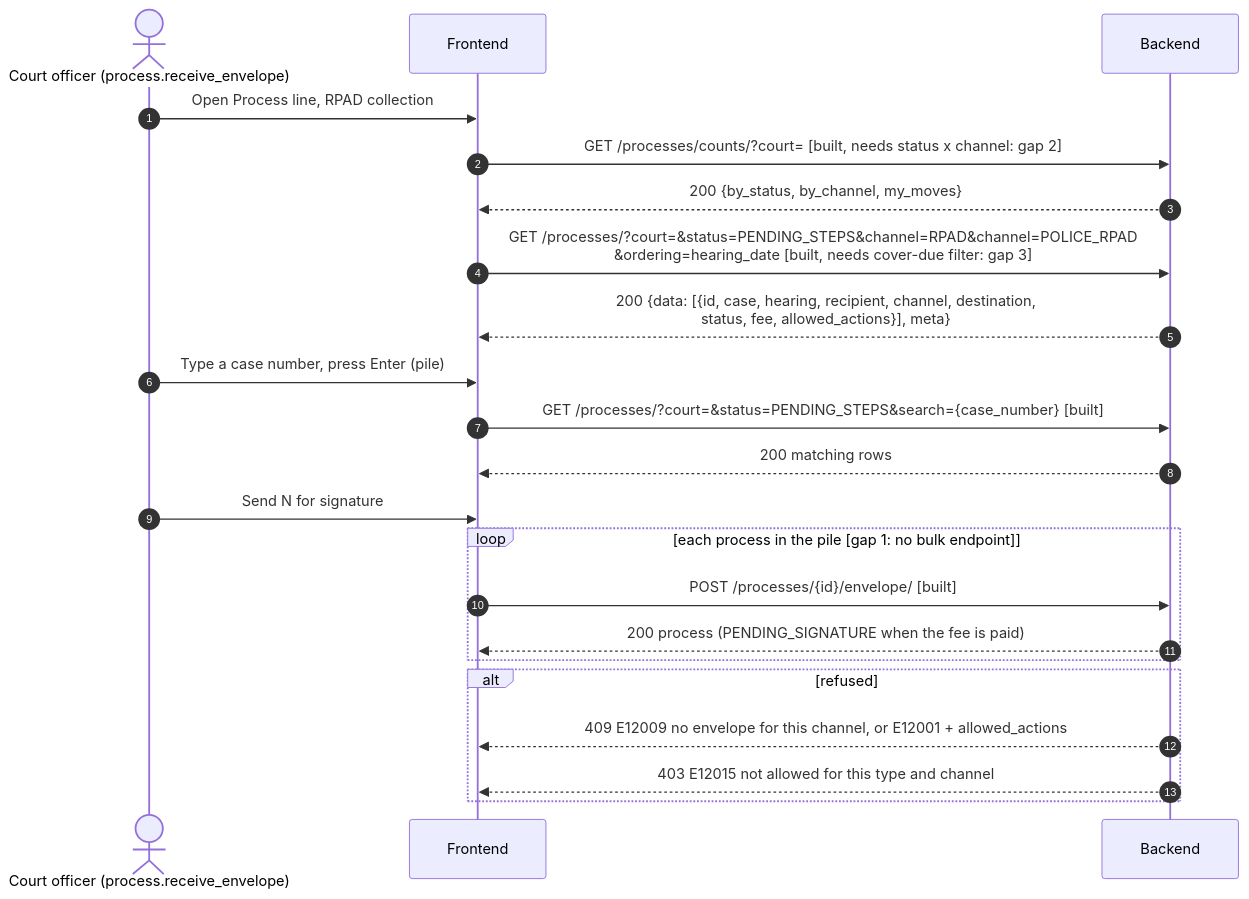
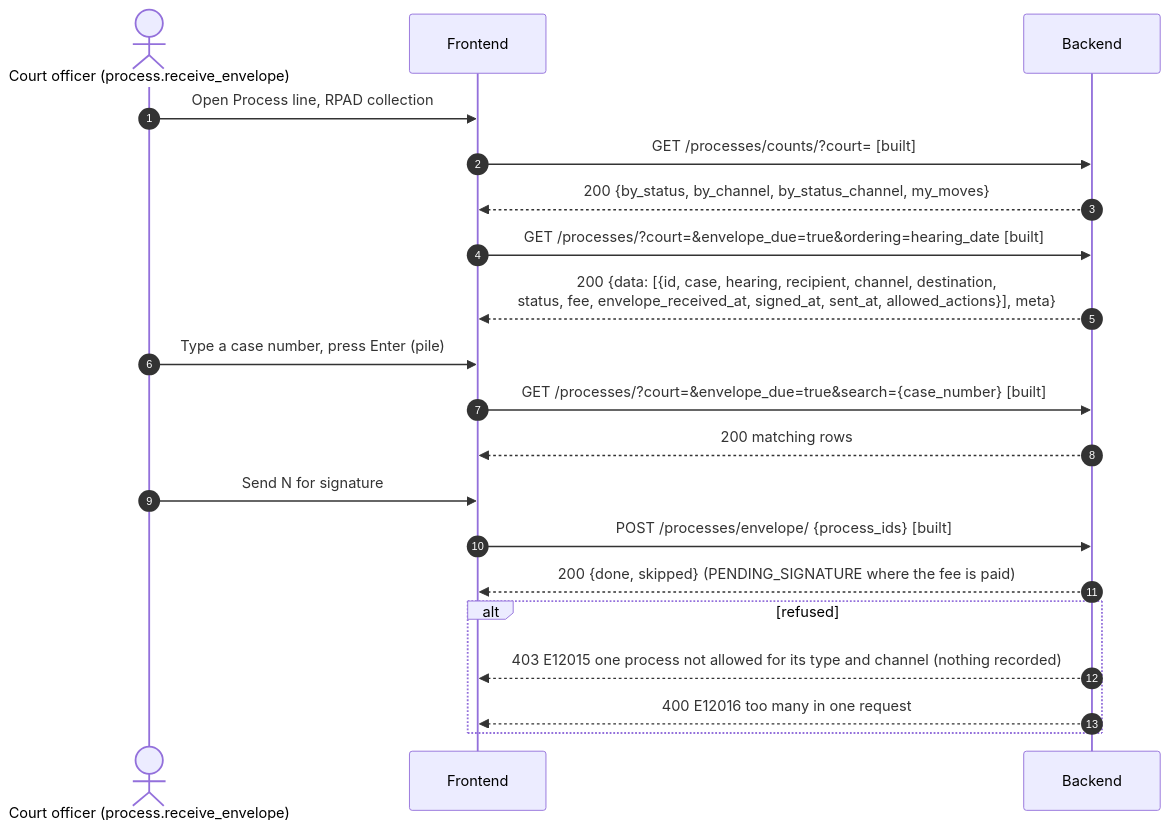
The third of 7 diagrams in docs/sequence-diagrams/0028-processes/README.md (pucardotorg/dristi-be), drawn with Mermaid before and after one commit. The commit also changed other lines of this file and 16 other files, not shown here.

````diff
--- a/docs/sequence-diagrams/0028-processes/README.md
+++ b/docs/sequence-diagrams/0028-processes/README.md
@@ -92,25 +92,23 @@
 ```mermaid
 sequenceDiagram
     autonumber
     actor CO as Court officer (process.receive_envelope)
     participant FE as Frontend
     participant BE as Backend
 
     CO->>FE: Open Process line, RPAD collection
-    FE->>BE: GET /processes/counts/?court= [built, needs status x channel: gap 2]
-    BE-->>FE: 200 {by_status, by_channel, my_moves}
-    FE->>BE: GET /processes/?court=&status=PENDING_STEPS&channel=RPAD&channel=POLICE_RPAD<br/>&ordering=hearing_date [built, needs cover-due filter: gap 3]
-    BE-->>FE: 200 {data: [{id, case, hearing, recipient, channel, destination,<br/>status, fee, allowed_actions}], meta}
+    FE->>BE: GET /processes/counts/?court= [built]
+    BE-->>FE: 200 {by_status, by_channel, by_status_channel, my_moves}
+    FE->>BE: GET /processes/?court=&envelope_due=true&ordering=hearing_date [built]
+    BE-->>FE: 200 {data: [{id, case, hearing, recipient, channel, destination,<br/>status, fee, envelope_received_at, signed_at, sent_at, allowed_actions}], meta}
     CO->>FE: Type a case number, press Enter (pile)
-    FE->>BE: GET /processes/?court=&status=PENDING_STEPS&search={case_number} [built]
+    FE->>BE: GET /processes/?court=&envelope_due=true&search={case_number} [built]
     BE-->>FE: 200 matching rows
     CO->>FE: Send N for signature
-    loop each process in the pile [gap 1: no bulk endpoint]
-        FE->>BE: POST /processes/{id}/envelope/ [built]
-        BE-->>FE: 200 process (PENDING_SIGNATURE when the fee is paid)
-    end
+    FE->>BE: POST /processes/envelope/ {process_ids} [built]
+    BE-->>FE: 200 {done, skipped} (PENDING_SIGNATURE where the fee is paid)
     alt refused
-        BE-->>FE: 409 E12009 no envelope for this channel, or E12001 + allowed_actions
-        BE-->>FE: 403 E12015 not allowed for this type and channel
+        BE-->>FE: 403 E12015 one process not allowed for its type and channel (nothing recorded)
+        BE-->>FE: 400 E12016 too many in one request
     end
 ```
````
